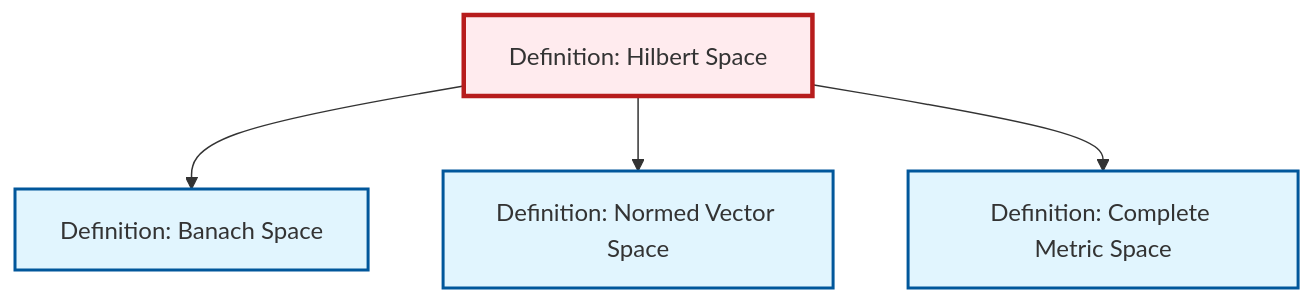
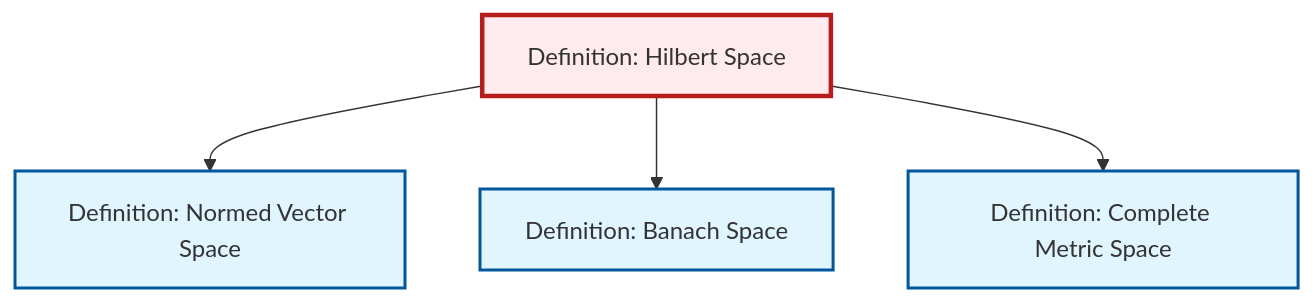
The diagram in content/en/analysis/def-hilbert-space.qmd (RK0429/ModernMath), drawn with Mermaid before and after one commit. The commit also changed other lines of this file and 328 other files, not shown here.

````diff
--- a/content/en/analysis/def-hilbert-space.qmd
+++ b/content/en/analysis/def-hilbert-space.qmd
@@ -169,20 +169,20 @@
 ```{mermaid}
 %%| fig-cap: "Local dependency graph"
 graph TD
     classDef definition fill:#e1f5fe,stroke:#01579b,stroke-width:2px
     classDef theorem fill:#f3e5f5,stroke:#4a148c,stroke-width:2px
     classDef axiom fill:#fff3e0,stroke:#e65100,stroke-width:2px
     classDef example fill:#e8f5e9,stroke:#1b5e20,stroke-width:2px
     classDef current fill:#ffebee,stroke:#b71c1c,stroke-width:3px
+    def-banach-space["Definition: Banach Space"]:::definition
     def-hilbert-space["Definition: Hilbert Space"]:::definition
-    def-banach-space["Definition: Banach Space"]:::definition
+    def-complete-metric-space["Definition: Complete Metric Space"]:::definition
     def-normed-vector-space["Definition: Normed Vector Space"]:::definition
-    def-complete-metric-space["Definition: Complete Metric Space"]:::definition
+    def-hilbert-space --> def-normed-vector-space
     def-hilbert-space --> def-banach-space
-    def-hilbert-space --> def-normed-vector-space
     def-hilbert-space --> def-complete-metric-space
     class def-hilbert-space current
     click def-banach-space "def-banach-space.html" "Go to Banach Space definition"
+    click def-complete-metric-space "def-complete-metric-space.html" "Go to Complete Metric Space definition"
     click def-normed-vector-space "def-normed-vector-space.html" "Go to Normed Vector Space definition"
-    click def-complete-metric-space "def-complete-metric-space.html" "Go to Complete Metric Space definition"
 ```
````
